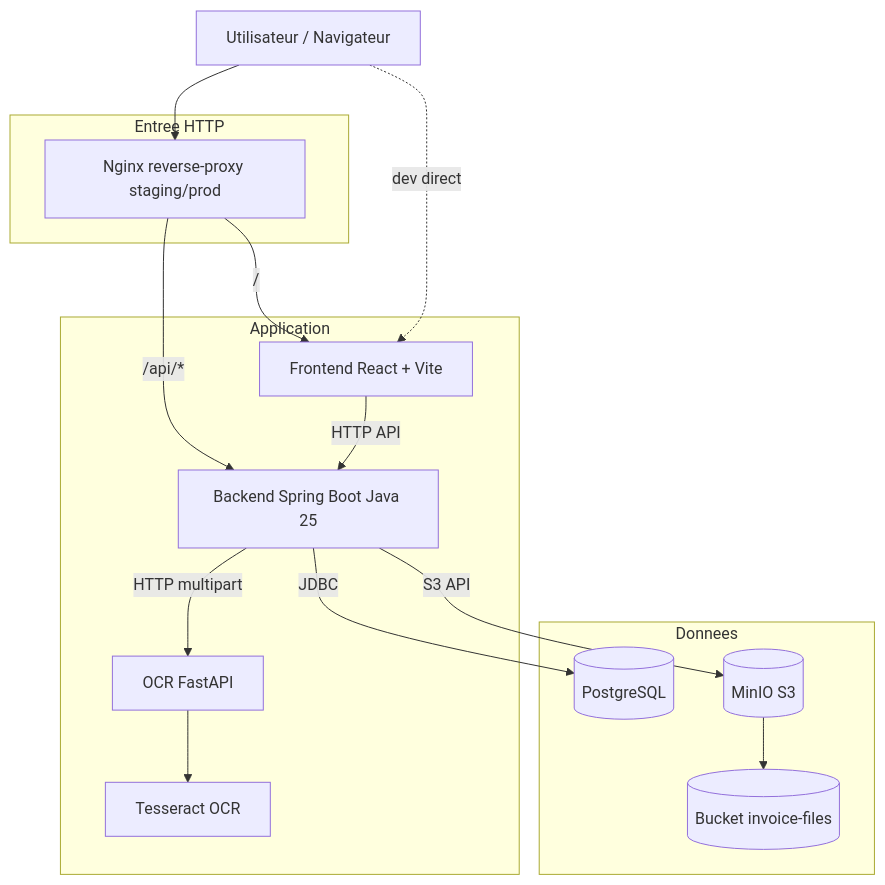
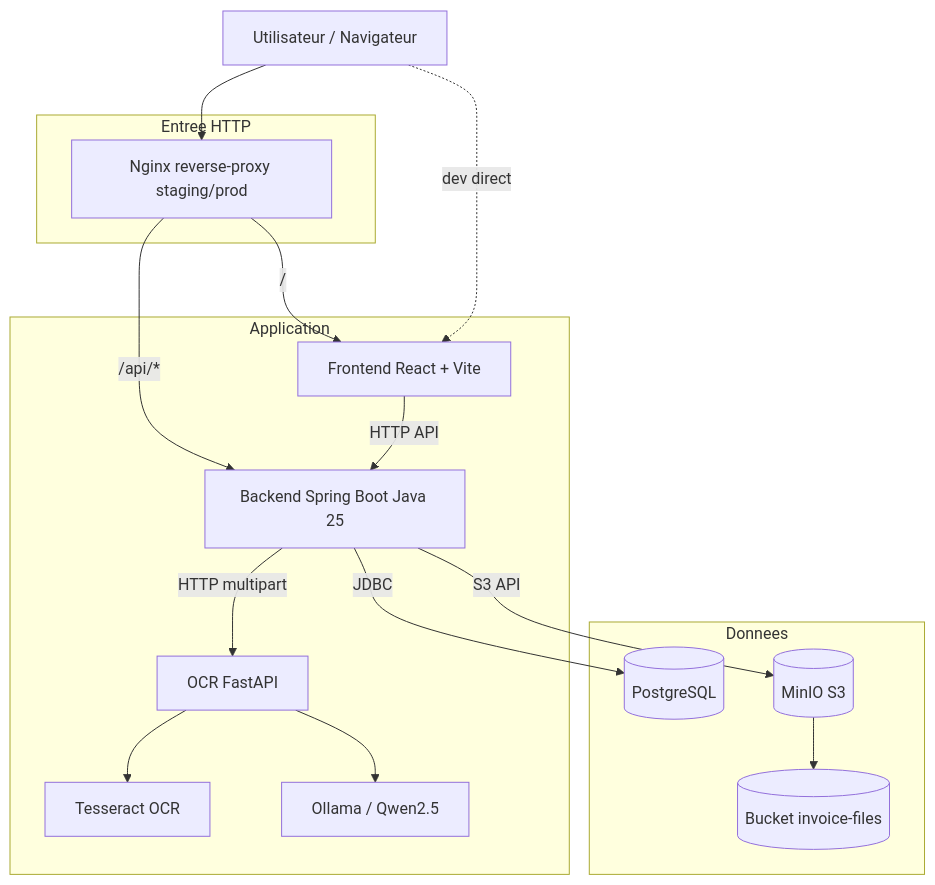
One commit to fil-rouge-docomptia/docomptia changed the first of 4 diagrams in docs/architecture.md. Above: the diagram before and after it, drawn with Mermaid. The commit also changed other lines of this file and 16 other files, not shown here.

````diff
--- a/docs/architecture.md
+++ b/docs/architecture.md
@@ -7,34 +7,36 @@
 ```mermaid
 flowchart TB
     browser[Utilisateur / Navigateur]
 
     subgraph edge[Entree HTTP]
         proxy[Nginx reverse-proxy staging/prod]
     end
 
     subgraph app[Application]
         frontend[Frontend React + Vite]
         backend[Backend Spring Boot Java 25]
         ocr[OCR FastAPI]
         tesseract[Tesseract OCR]
+        ollama[Ollama / Qwen2.5]
     end
 
     subgraph data[Donnees]
         postgres[(PostgreSQL)]
         minio[(MinIO S3)]
         bucket[(Bucket invoice-files)]
     end
 
     browser --> proxy
     proxy -->|/| frontend
     proxy -->|/api/*| backend
 
     browser -. dev direct .-> frontend
     frontend -->|HTTP API| backend
 
     backend -->|JDBC| postgres
     backend -->|S3 API| minio
     minio --> bucket
     backend -->|HTTP multipart| ocr
     ocr --> tesseract
+    ocr --> ollama
 ```
````
